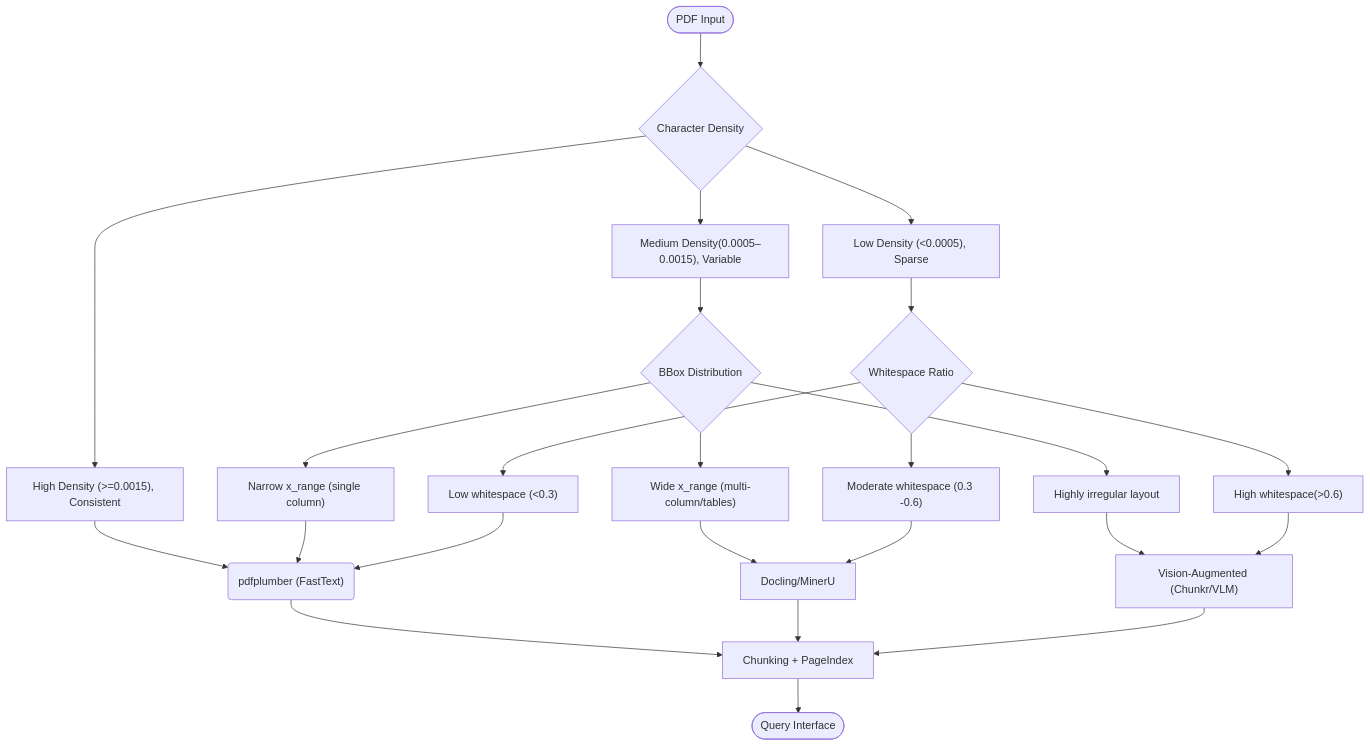
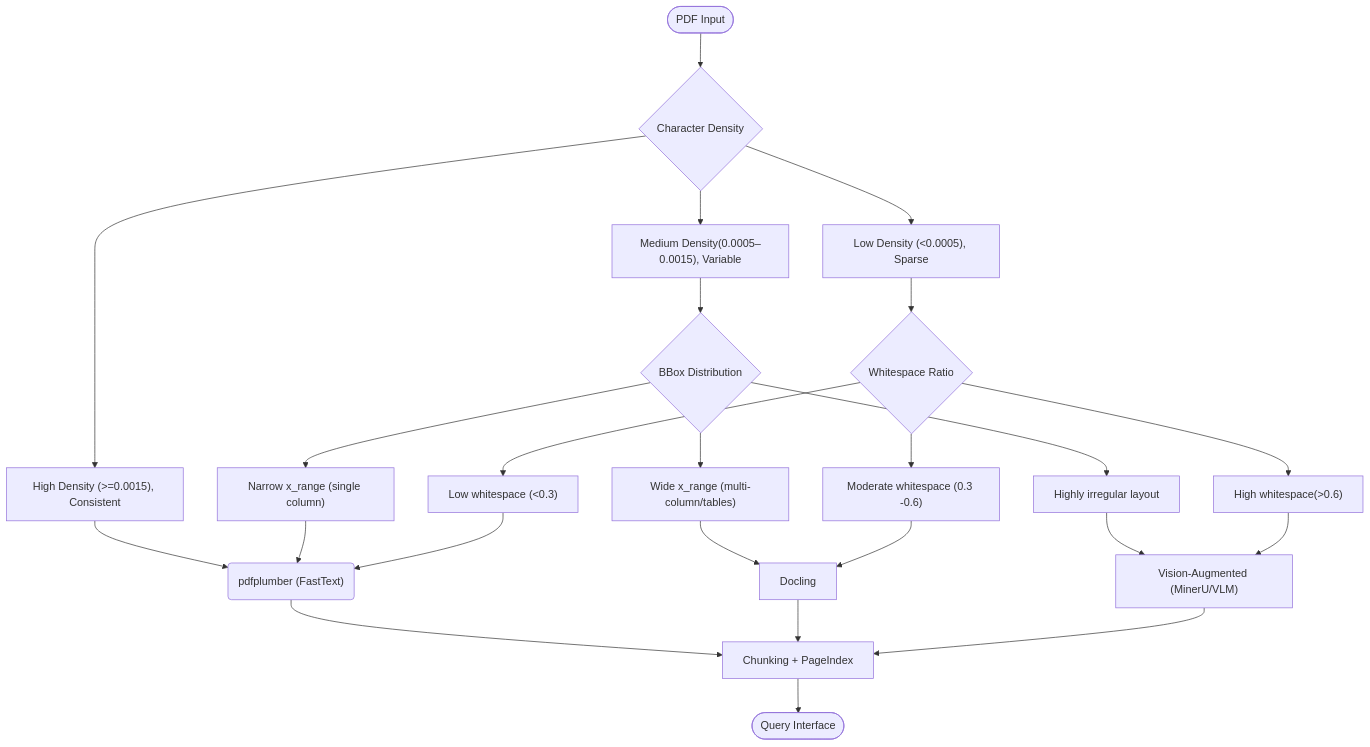
The diagram in README.md (nuhaminae/Document-Intelligence-Refinery), drawn with Mermaid before and after one commit. The commit also changed other lines of this file, not shown here.

Commit message:
docs(readme): update key features,  removed Chunkr from steup guide, and edited decision Tree with MinerU tool

````diff
--- a/README.md
+++ b/README.md
@@ -123,22 +115,22 @@
 ```mermaid
 flowchart TB
     A(["PDF Input"]) --> B{"Character Density"}
     B --> C["High Density (>=0.0015), Consistent"] & D["Medium Density(0.0005–0.0015), Variable"] & E["Low Density (&lt;0.0005), Sparse"]
     C --> F("pdfplumber (FastText)")
     D --> G{"BBox Distribution"}
     G --> H["Narrow x_range (single column)"] & I["Wide x_range (multi-column/tables)"] & K["Highly irregular layout"]
     H --> F
-    I --> J["Docling/MinerU"]
-    K --> L["Vision-Augmented (Chunkr/VLM)"]
+    I --> J["Docling"]
+    K --> L["Vision-Augmented (MinerU/VLM)"]
     E --> M{"Whitespace Ratio"}
     M --> N["Low whitespace (<0.3)"]
     N --> F
     M --> O["Moderate whitespace (0.3 -0.6)"]
     O --> J
     M --> P["High whitespace(>0.6)"]
     P --> L
     F --> Q["Chunking + PageIndex"]
     J --> Q
     L --> Q
     Q --> R(["Query Interface"])
 ```
````
